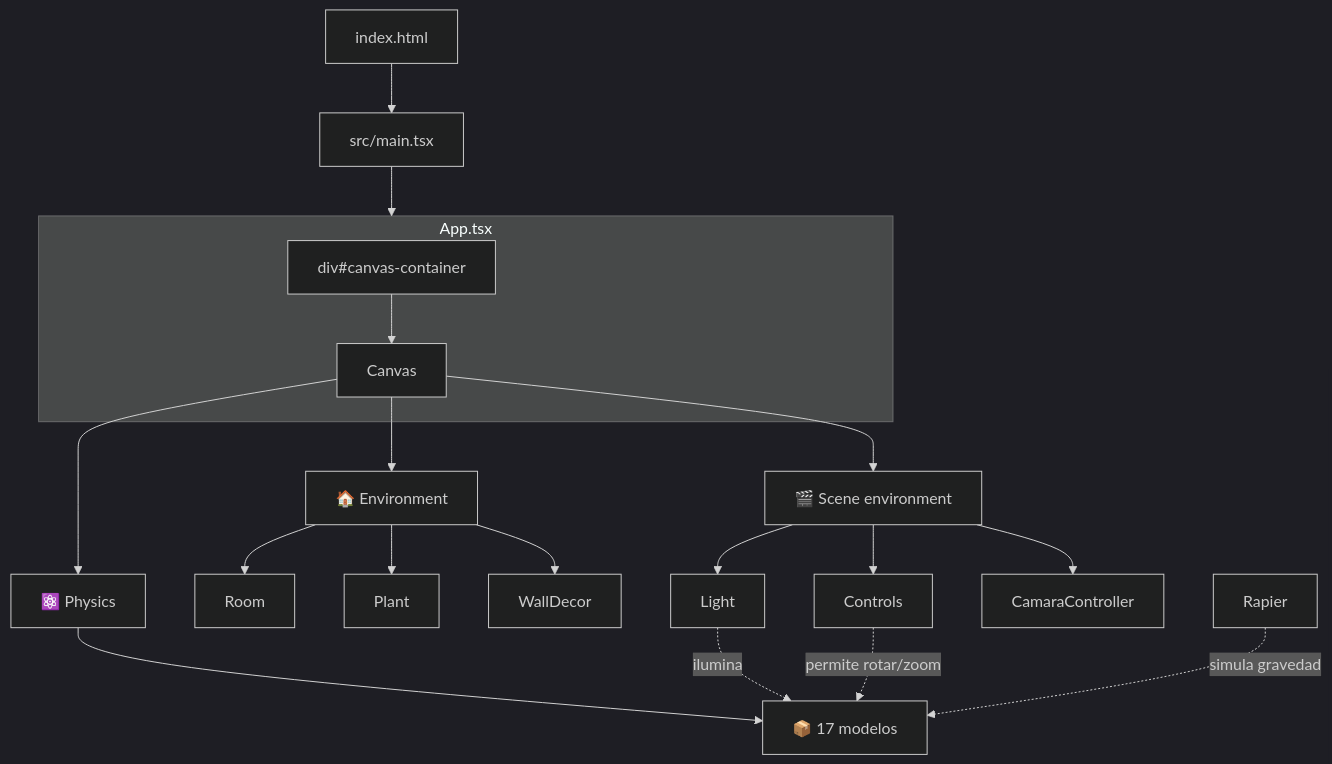
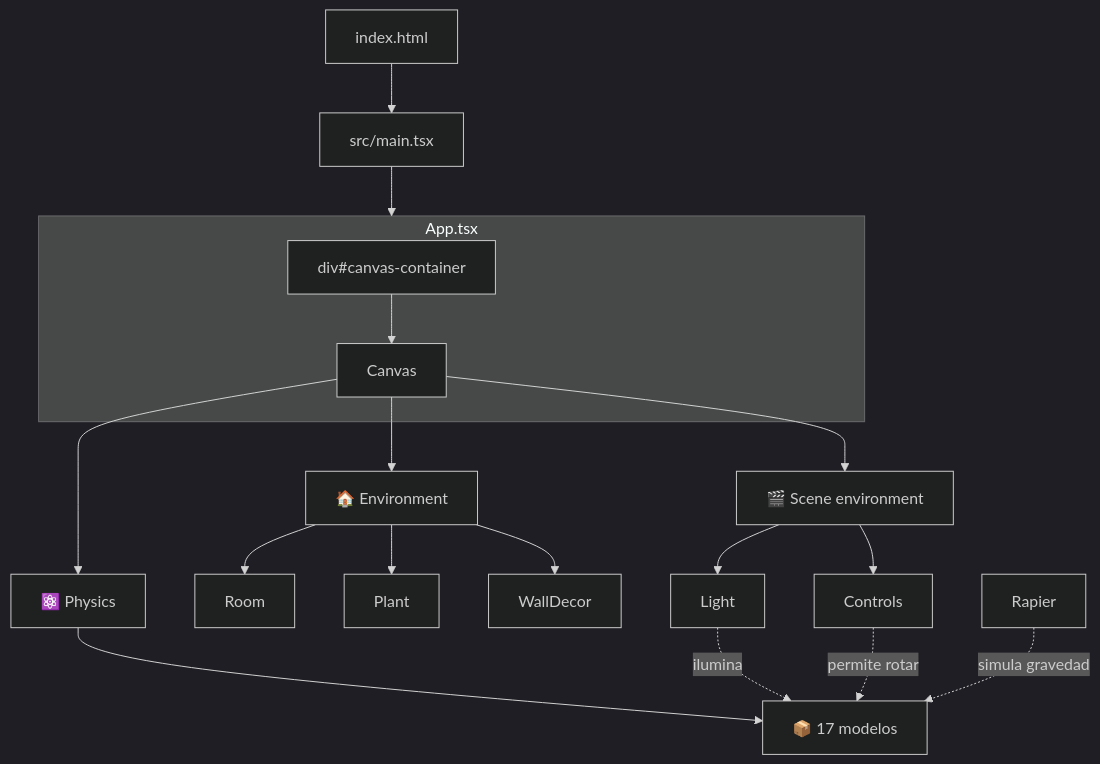
The fourth of 4 diagrams in docs/04-escena-3d/sistema-de-escena.md (Palcojulian/portafolio), drawn with Mermaid (dark theme) before and after one commit. The commit also changed other lines of this file and 5 other files, not shown here.

````diff
--- a/docs/04-escena-3d/sistema-de-escena.md
+++ b/docs/04-escena-3d/sistema-de-escena.md
@@ -150,28 +148,27 @@
 ```mermaid
 graph TB
     HTML[index.html] --> Main[src/main.tsx]
     Main --> App
 
     subgraph App[App.tsx]
         Container[div#canvas-container]
         Canvas
     end
 
     Container --> Canvas
 
     Canvas --> Physics[⚛️ Physics]
     Canvas --> Env[🏠 Environment]
     Canvas --> Scene[🎬 Scene environment]
 
     Physics --> Models[📦 17 modelos]
     Env --> Room
     Env --> Plant
     Env --> WallDecor
     Scene --> Light
     Scene --> Controls
-    Scene --> CamaraController
 
     Light -.ilumina.-> Models
-    Controls -.permite rotar/zoom.-> Models
+    Controls -.permite rotar.-> Models
     Rapier -.simula gravedad.-> Models
 ```
````
